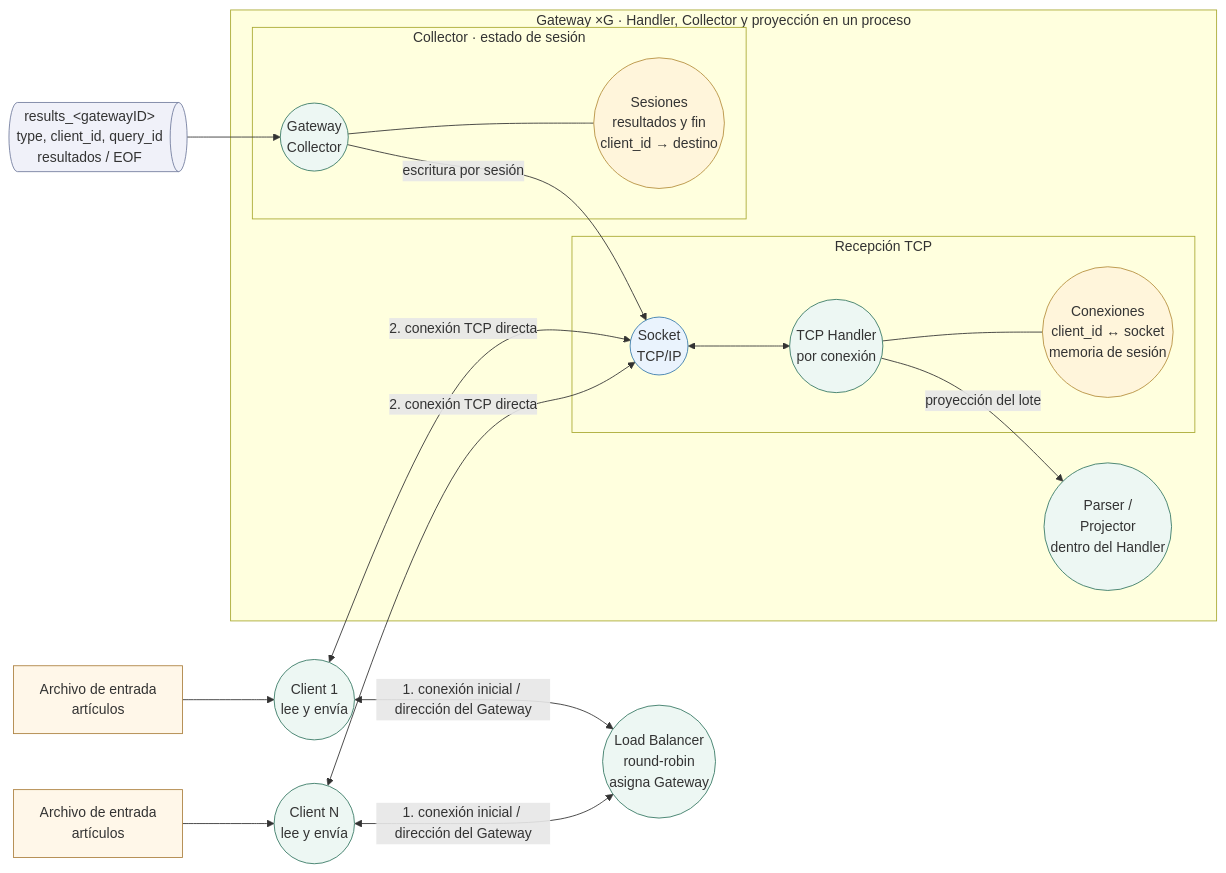
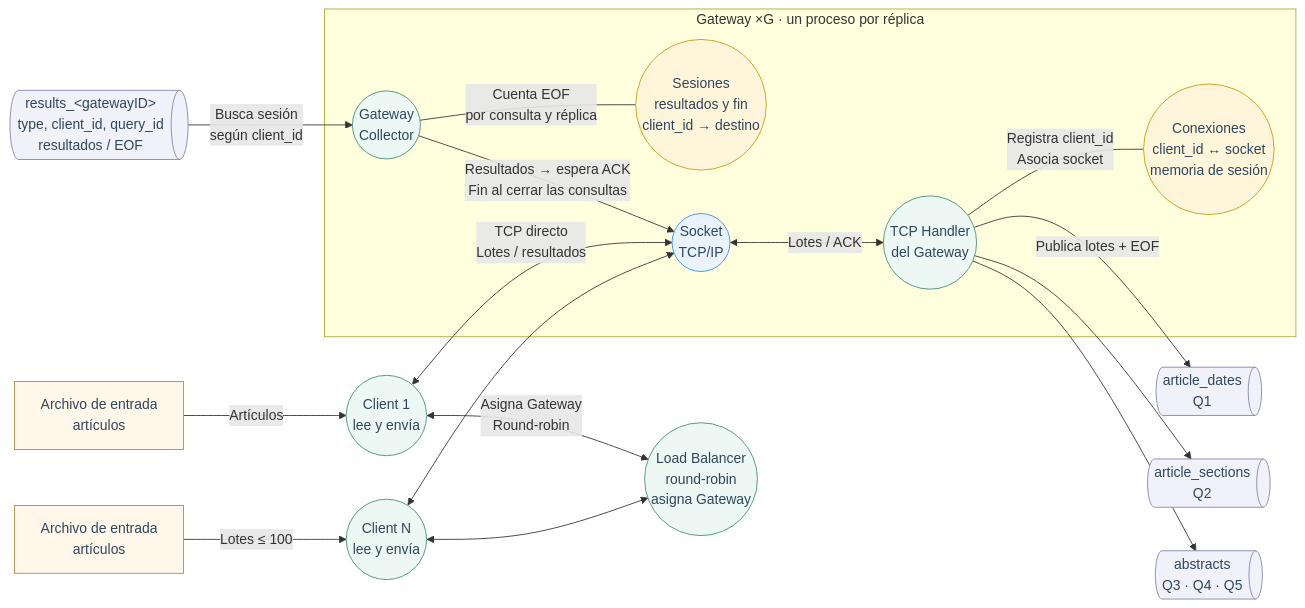
One commit to NicoPodesta/trabajo-final-distribuidos changed the diagram in Diagramas/Robustez/Diagrama-robustez-ingreso.mmd. Above: the diagram before and after it, drawn with Mermaid. The commit also changed 22 other files, not shown here.

Commit message:
Docs: Actualizo diagramas de robustez

```diff
--- a/Diagramas/Robustez/Diagrama-robustez-ingreso.mmd
+++ b/Diagramas/Robustez/Diagrama-robustez-ingreso.mmd
@@ -1,51 +1,44 @@
-%% Ingreso · archivos, clientes y Parser
-%% Fuente semántica; SVG y PNG usan una distribución fija para conservar legibilidad.
-%% Cierres: se conserva el diseño de réplicas; la coordinación de Q1 todavía está pendiente.
+%% Distribución de nodos conservada respecto de la versión original.
+%% SVG/PNG conservan las posiciones; Mermaid usa distribución automática.
+%% Ingreso · archivos, clientes y Gateway
 flowchart LR
-    F1["Archivo de entrada<br/>artículos"]
+    subgraph GROUP1["Gateway ×G · un proceso por réplica"]
+    API(("Socket<br/>TCP/IP"))
+    RX(("TCP Handler<br/>del Gateway"))
+    GW(("Gateway<br/>Collector"))
+    CONN(("Conexiones<br/>client_id ↔ socket<br/>memoria de sesión"))
+    SESSION(("Sesiones<br/>resultados y fin<br/>client_id → destino"))
+    end
     C1(("Client 1<br/>lee y envía"))
-    FC["Archivo de entrada<br/>artículos"]
     CC(("Client N<br/>lee y envía"))
     LB(("Load Balancer<br/>round-robin<br/>asigna Gateway"))
-    subgraph GATEWAY["Gateway ×G · Handler, Collector y proyección en un proceso"]
-    subgraph TCP["Recepción TCP"]
-    API(("Socket<br/>TCP/IP"))
-    RX(("TCP Handler<br/>por conexión"))
-    CONN(("Conexiones<br/>client_id ↔ socket<br/>memoria de sesión"))
-    end
-    subgraph COLLECTOR["Collector · estado de sesión"]
-    GW(("Gateway<br/>Collector"))
-    SESSION(("Sesiones<br/>resultados y fin<br/>client_id → destino"))
-    end
-    P(("Parser /<br/>Projector<br/>dentro del Handler"))
-    end
     RQ@{ shape: h-cyl, label: "results_&lt;gatewayID&gt;<br/>type, client_id, query_id<br/>resultados / EOF" }
-    F1 --> C1
-    FC --> CC
-    C1 <-->|1. conexión inicial / dirección del Gateway| LB
-    C1 <-->|2. conexión TCP directa| API
-    CC <-->|1. conexión inicial / dirección del Gateway| LB
-    CC <-->|2. conexión TCP directa| API
-    API <--> RX
-    RX -->|proyección del lote| P
-    RX --- CONN
-    GW --- SESSION
-    RQ --> GW
-    GW -->|escritura por sesión| API
-    classDef control fill:#edf7f3,stroke:#377964;
-    class LB,C1,CC,RX,GW,P control;
-    classDef boundary fill:#eaf3fd,stroke:#397bac;
+    F1["Archivo de entrada<br/>artículos"]
+    FC["Archivo de entrada<br/>artículos"]
+    DATES@{ shape: h-cyl, label: "article_dates<br/>Q1" }
+    SECTIONS@{ shape: h-cyl, label: "article_sections<br/>Q2" }
+    ABSTRACTS@{ shape: h-cyl, label: "abstracts<br/>Q3 · Q4 · Q5" }
+    F1 -->|"Artículos"| C1
+    FC -->|"Lotes ≤ 100"| CC
+    C1 <-->|"Asigna Gateway<br/>Round-robin"| LB
+    CC <--> LB
+    C1 <-->|"TCP directo<br/>Lotes / resultados"| API
+    CC <--> API
+    API <-->|"Lotes / ACK"| RX
+    RX ---|"Registra client_id<br/>Asocia socket"| CONN
+    GW ---|"Cuenta EOF<br/>por consulta y réplica"| SESSION
+    RQ -->|"Busca sesión<br/>según client_id"| GW
+    GW -->|"Resultados → espera ACK<br/>Fin al cerrar las consultas"| API
+    RX -->|"Publica lotes + EOF"| DATES
+    RX --> SECTIONS
+    RX --> ABSTRACTS
+    classDef control fill:#edf7f3,stroke:#438d78,color:#2d475d;
+    class C1,RX,GW,CC,LB control;
+    classDef boundary fill:#eaf3fd,stroke:#368be6,color:#2d475d;
     class API boundary;
-    classDef entity fill:#fff5db,stroke:#b6903e;
+    classDef entity fill:#fff5db,stroke:#cc980c,color:#2d475d;
     class CONN,SESSION entity;
-    classDef queue fill:#f0f1f9,stroke:#737d9e;
-    class RQ queue;
-    classDef exchange fill:#f0f1f9,stroke:#737d9e;
-    classDef file fill:#fff7e9,stroke:#ad8242;
+    classDef queue fill:#f0f1f9,stroke:#8582b4,color:#2d475d;
+    class RQ,DATES,SECTIONS,ABSTRACTS queue;
+    classDef file fill:#fff7e9,stroke:#b88837,color:#2d475d;
     class F1,FC file;
-    classDef actor fill:white,stroke:#526579;
-%% Conexión: Primero, Load Balancer devuelve la dirección de un Gateway por round-robin. El cliente cierra esa conexión y abre una sesión TCP directa con el Gateway asignado. Handler, Collector y proyección viven en ese proceso.
-%% Identidad y resultados: Handler asigna client_id = gatewayID + secuencia local. Las sesiones mantienen socket y cierre por consulta. Collector consume results_<gatewayID> y escribe por la sesión, con mutex compartido con los ACK.
-%% Hasta Parser y cierre: Handler proyecta los lotes directamente hacia las colas de cada rama. Se conserva la perspectiva de réplicas; la coordinación del cierre de Q1 sigue pendiente.
-
-%% Asignación inicial: El cliente se conecta al Load Balancer, recibe GatewayAssignment con la dirección elegida por round-robin y cierra esa conexión. Luego abre la sesión TCP directamente con el Gateway; artículos y resultados no pasan por el balanceador.
```
